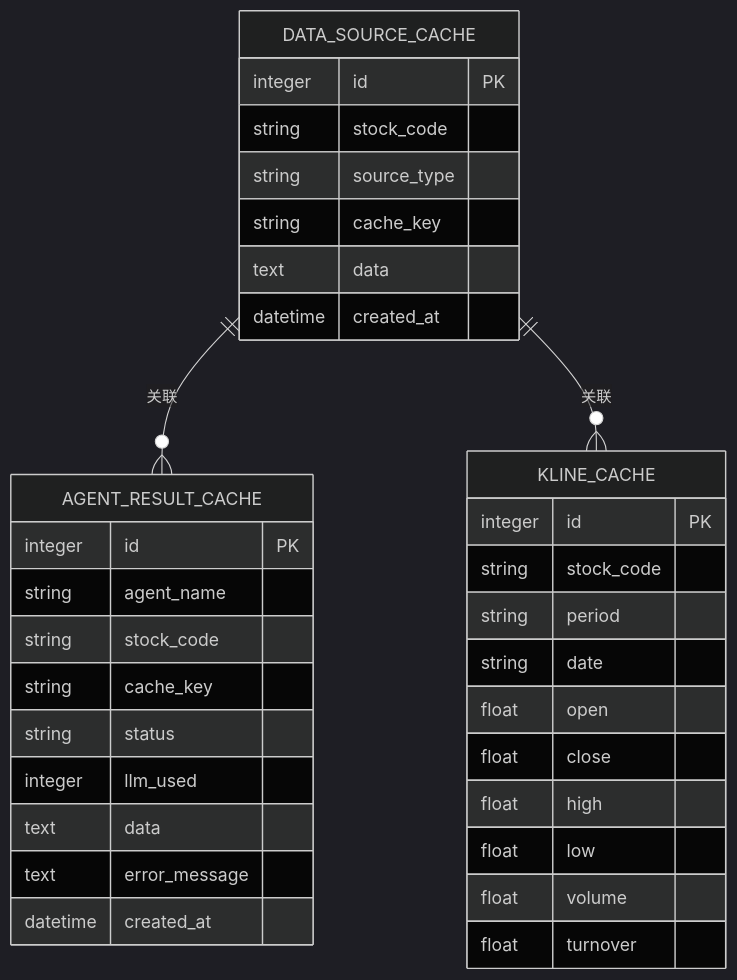
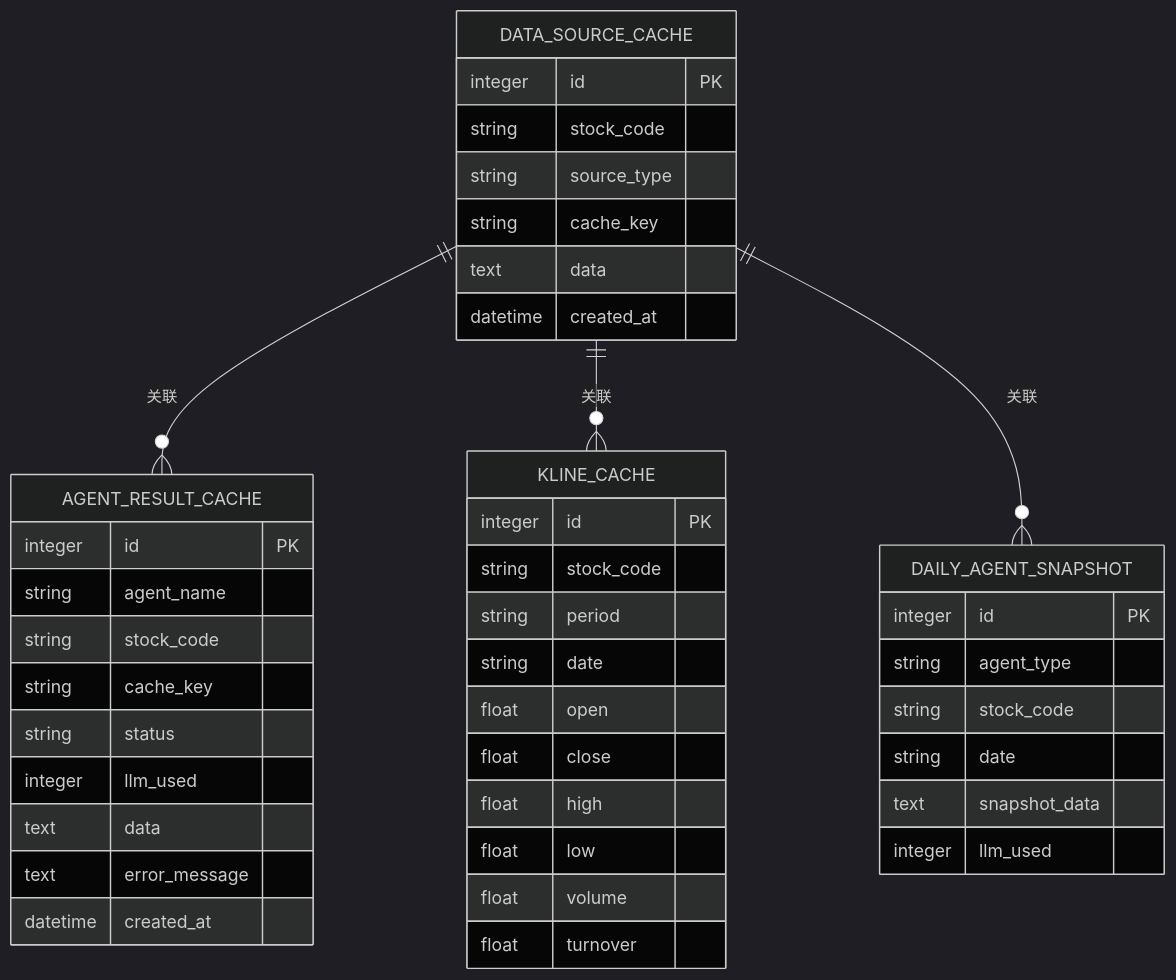
Before and after one commit to Moruime/stock_foker: diagram 17 of 17 in .qoder/repowiki/zh/content/数据源服务增强.md, drawn with Mermaid (dark theme). The commit also changed other lines of this file and 16 other files, not shown here.

First line of the commit message:
feat(data-source): 新增流式分析和基准比较功能

````diff
--- a/.qoder/repowiki/zh/content/数据源服务增强.md
+++ b/.qoder/repowiki/zh/content/数据源服务增强.md
@@ -658,36 +884,45 @@
 ```mermaid
 erDiagram
 DATA_SOURCE_CACHE {
 integer id PK
 string stock_code
 string source_type
 string cache_key
 text data
 datetime created_at
 }
 AGENT_RESULT_CACHE {
 integer id PK
 string agent_name
 string stock_code
 string cache_key
 string status
 integer llm_used
 text data
 text error_message
 datetime created_at
 }
 KLINE_CACHE {
 integer id PK
 string stock_code
 string period
 string date
 float open
 float close
 float high
 float low
 float volume
 float turnover
 }
+DAILY_AGENT_SNAPSHOT {
+integer id PK
+string agent_type
+string stock_code
+string date
+text snapshot_data
+integer llm_used
+}
 DATA_SOURCE_CACHE ||--o{ AGENT_RESULT_CACHE : "关联"
 DATA_SOURCE_CACHE ||--o{ KLINE_CACHE : "关联"
+DATA_SOURCE_CACHE ||--o{ DAILY_AGENT_SNAPSHOT : "关联"
 ```
````
